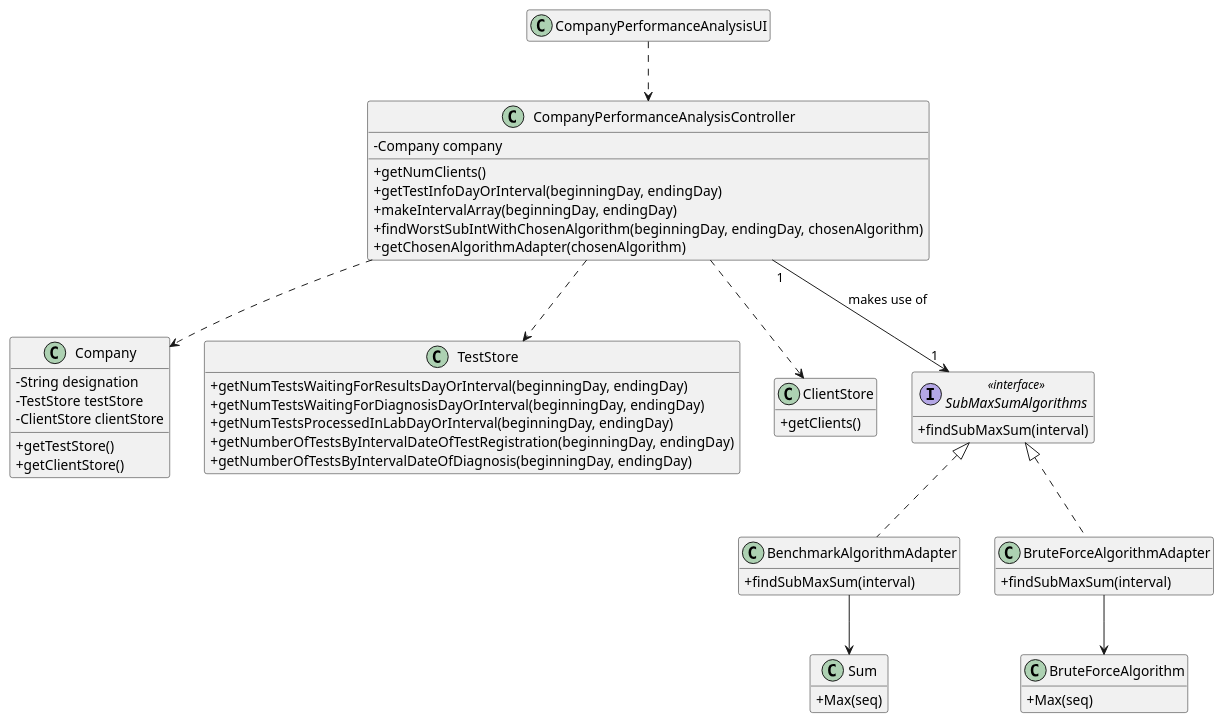
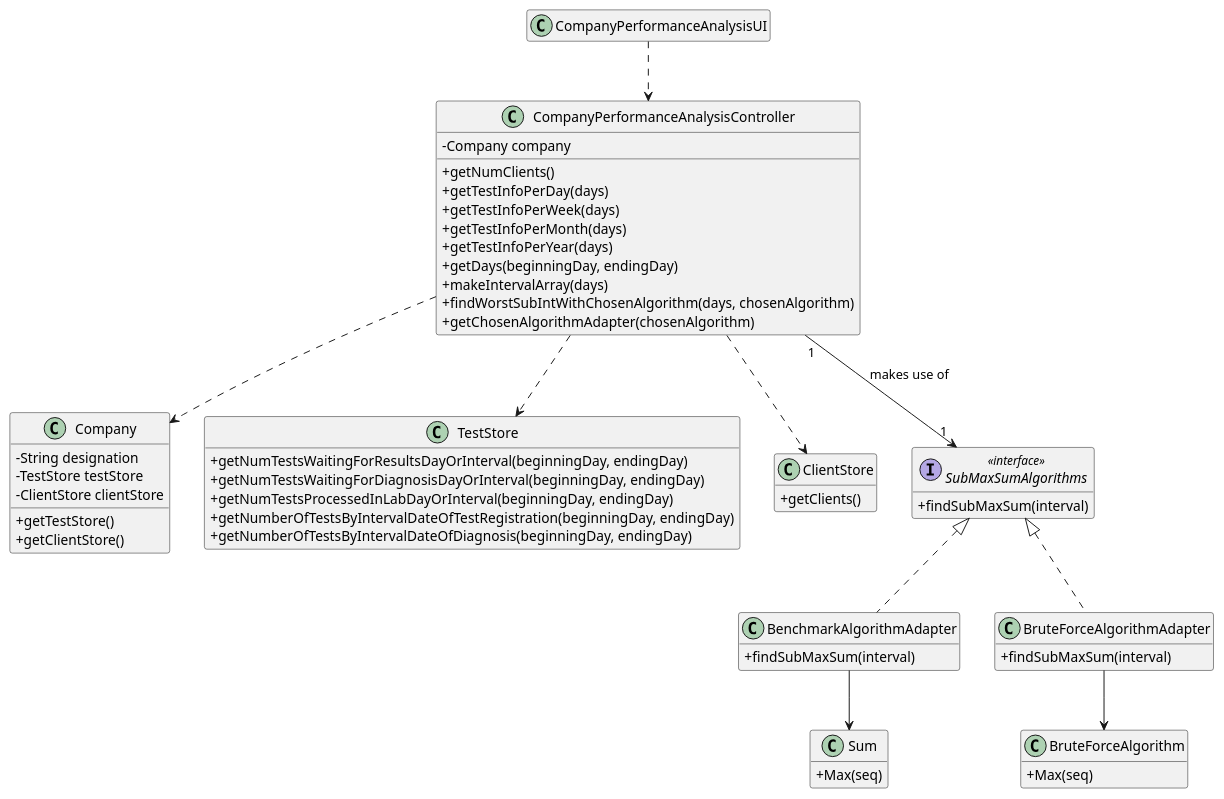
Before and after one commit to ana-albergaria/LAPR2-ISEP: the diagram in docs/SprintD/US_16/US16_CD.puml, drawn with PlantUML. The commit also changed 12 other files, not shown here.

Commit message:
Updated US16 Diagrams, Updated US16 Code and Updated US16 Documentation.

```diff
--- a/docs/SprintD/US_16/US16_CD.puml
+++ b/docs/SprintD/US_16/US16_CD.puml
@@ -1,71 +1,75 @@
 @startuml
 'skinparam linetype ortho
 hide empty methods
 hide empty attributes
 'left to right direction
 skinparam classAttributeIconSize 0
 
 class Company {
     -String designation
     -TestStore testStore
     -ClientStore clientStore
     +getTestStore()
     +getClientStore()
 }
 
 class TestStore {
     +getNumTestsWaitingForResultsDayOrInterval(beginningDay, endingDay)
     +getNumTestsWaitingForDiagnosisDayOrInterval(beginningDay, endingDay)
     +getNumTestsProcessedInLabDayOrInterval(beginningDay, endingDay)
     +getNumberOfTestsByIntervalDateOfTestRegistration(beginningDay, endingDay)
     +getNumberOfTestsByIntervalDateOfDiagnosis(beginningDay, endingDay)
 }
 
 class ClientStore {
     +getClients()
 }
 
 class CompanyPerformanceAnalysisController{
     -Company company
     +getNumClients()
-    +getTestInfoDayOrInterval(beginningDay, endingDay)
-    +makeIntervalArray(beginningDay, endingDay)
-    +findWorstSubIntWithChosenAlgorithm(beginningDay, endingDay, chosenAlgorithm)
+    +getTestInfoPerDay(days)
+    +getTestInfoPerWeek(days)
+    +getTestInfoPerMonth(days)
+    +getTestInfoPerYear(days)
+    +getDays(beginningDay, endingDay)
+    +makeIntervalArray(days)
+    +findWorstSubIntWithChosenAlgorithm(days, chosenAlgorithm)
     +getChosenAlgorithmAdapter(chosenAlgorithm)
 }
 
 class CompanyPerformanceAnalysisUI{
 }
 
 interface SubMaxSumAlgorithms <<interface>> {
     +findSubMaxSum(interval)
 }
 
 class BenchmarkAlgorithmAdapter{
     +findSubMaxSum(interval)
 }
 
 class BruteForceAlgorithmAdapter{
     +findSubMaxSum(interval)
 }
 
 class Sum{
     +Max(seq)
 }
 
 class BruteForceAlgorithm{
     +Max(seq)
 }
 
 CompanyPerformanceAnalysisUI ..> CompanyPerformanceAnalysisController
 CompanyPerformanceAnalysisController ..> Company
 CompanyPerformanceAnalysisController ..> ClientStore
 CompanyPerformanceAnalysisController ..> TestStore
 CompanyPerformanceAnalysisController "1" --> "1" SubMaxSumAlgorithms : makes use of
 BenchmarkAlgorithmAdapter --> Sum
 BruteForceAlgorithmAdapter --> BruteForceAlgorithm
 
 class BenchmarkAlgorithmAdapter implements SubMaxSumAlgorithms
 class BruteForceAlgorithmAdapter implements SubMaxSumAlgorithms
 
 @enduml
```
